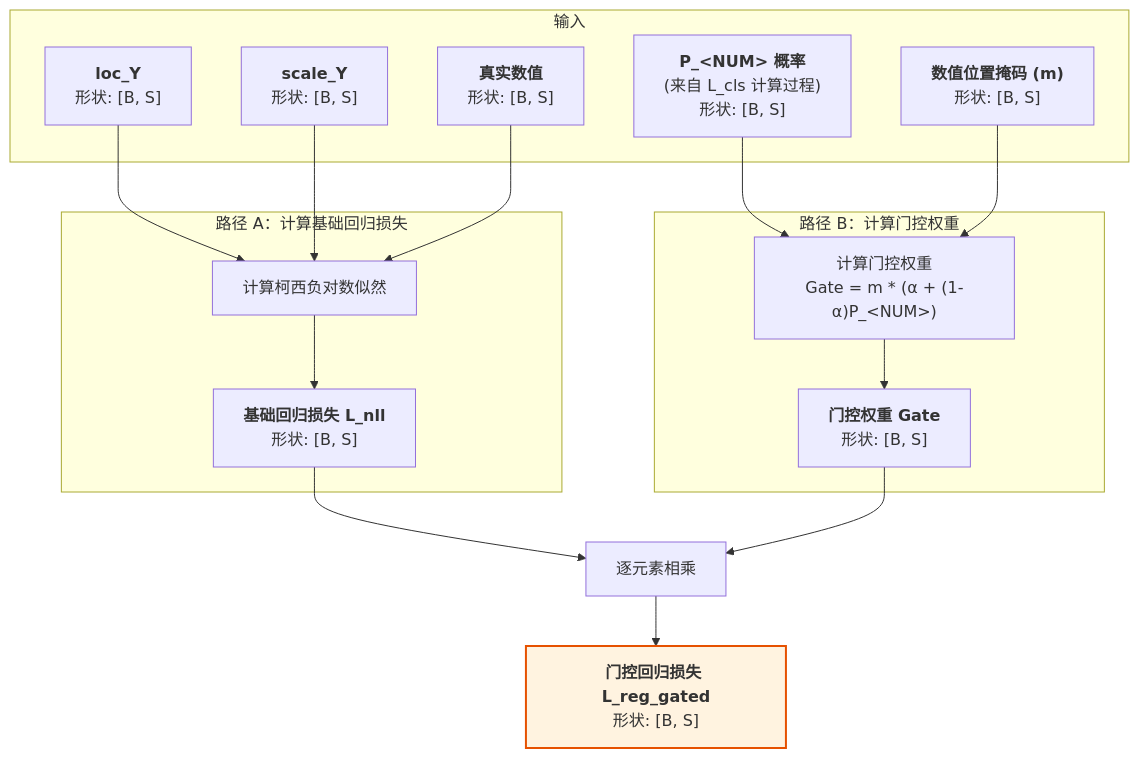
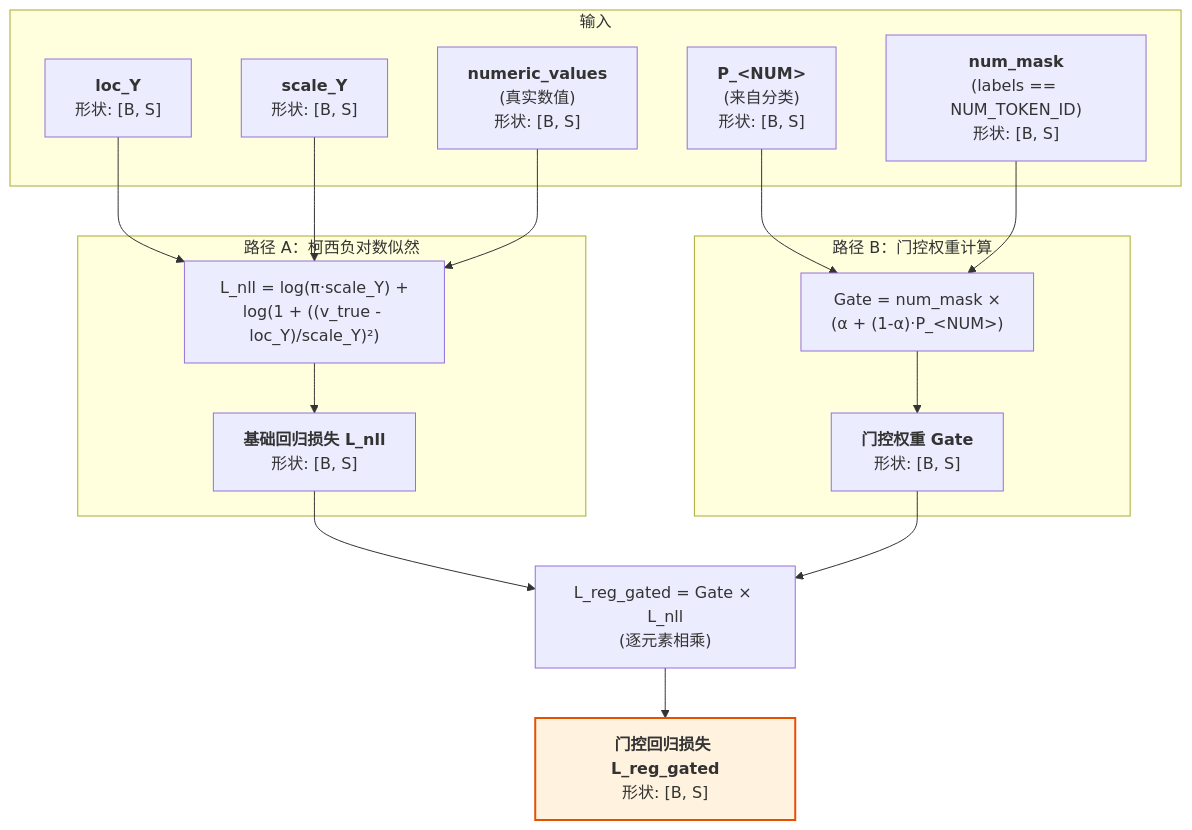
The fourth of 5 diagrams in docs/math_deep_dive/01_forward_pass.md (1587causalai/CausalQwen), drawn with Mermaid before and after one commit. The commit also changed other lines of this file and 2 other files, not shown here.

````diff
--- a/docs/math_deep_dive/01_forward_pass.md
+++ b/docs/math_deep_dive/01_forward_pass.md
@@ -362,26 +372,25 @@
 ```mermaid
 graph TD
     subgraph "输入"
         A["<b>loc_Y</b><br>形状: [B, S]"]
         B["<b>scale_Y</b><br>形状: [B, S]"]
-        C["<b>真实数值</b><br>形状: [B, S]"]
-        D["<b>P_&lt;NUM&gt; 概率</b><br>(来自 L_cls 计算过程)<br>形状: [B, S]"]
-        E["<b>数值位置掩码 (m)</b><br>形状: [B, S]"]
+        C["<b>numeric_values</b><br>(真实数值)<br>形状: [B, S]"]
+        D["<b>P_&lt;NUM&gt;</b><br>(来自分类)<br>形状: [B, S]"]
+        E["<b>num_mask</b><br>(labels == NUM_TOKEN_ID)<br>形状: [B, S]"]
     end
 
-    subgraph "路径 A：计算基础回归损失"
-        A & B & C --> F["计算柯西负对数似然"]
+    subgraph "路径 A：柯西负对数似然"
+        A & B & C --> F["L_nll = log(π·scale_Y) +<br>log(1 + ((v_true - loc_Y)/scale_Y)²)"]
         F --> G["<b>基础回归损失 L_nll</b><br>形状: [B, S]"]
     end
 
-    subgraph "路径 B：计算门控权重"
-        D & E --> H["计算门控权重<br>Gate = m * (α + (1-α)P_&lt;NUM&gt;)"]
+    subgraph "路径 B：门控权重计算"
+        D & E --> H["Gate = num_mask ×<br>(α + (1-α)·P_&lt;NUM&gt;)"]
         H --> I["<b>门控权重 Gate</b><br>形状: [B, S]"]
     end
 
-    J[逐元素相乘]
-    G & I --> J
+    G & I --> J["L_reg_gated = Gate × L_nll<br>(逐元素相乘)"]
     J --> K["<b>门控回归损失 L_reg_gated</b><br>形状: [B, S]"]
 
     style K fill:#fff3e0,stroke:#e65100,stroke-width:2px
 ```
````
